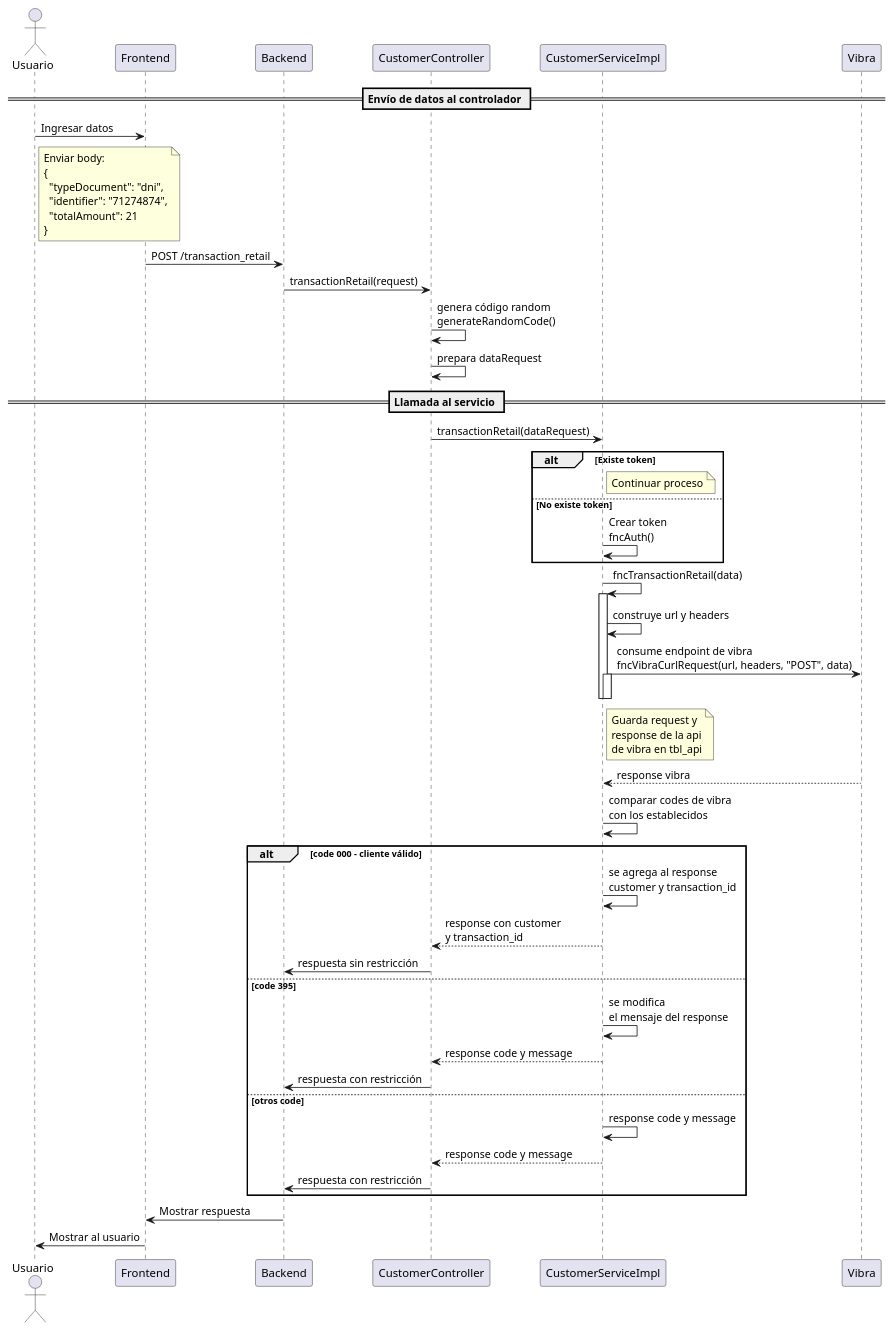
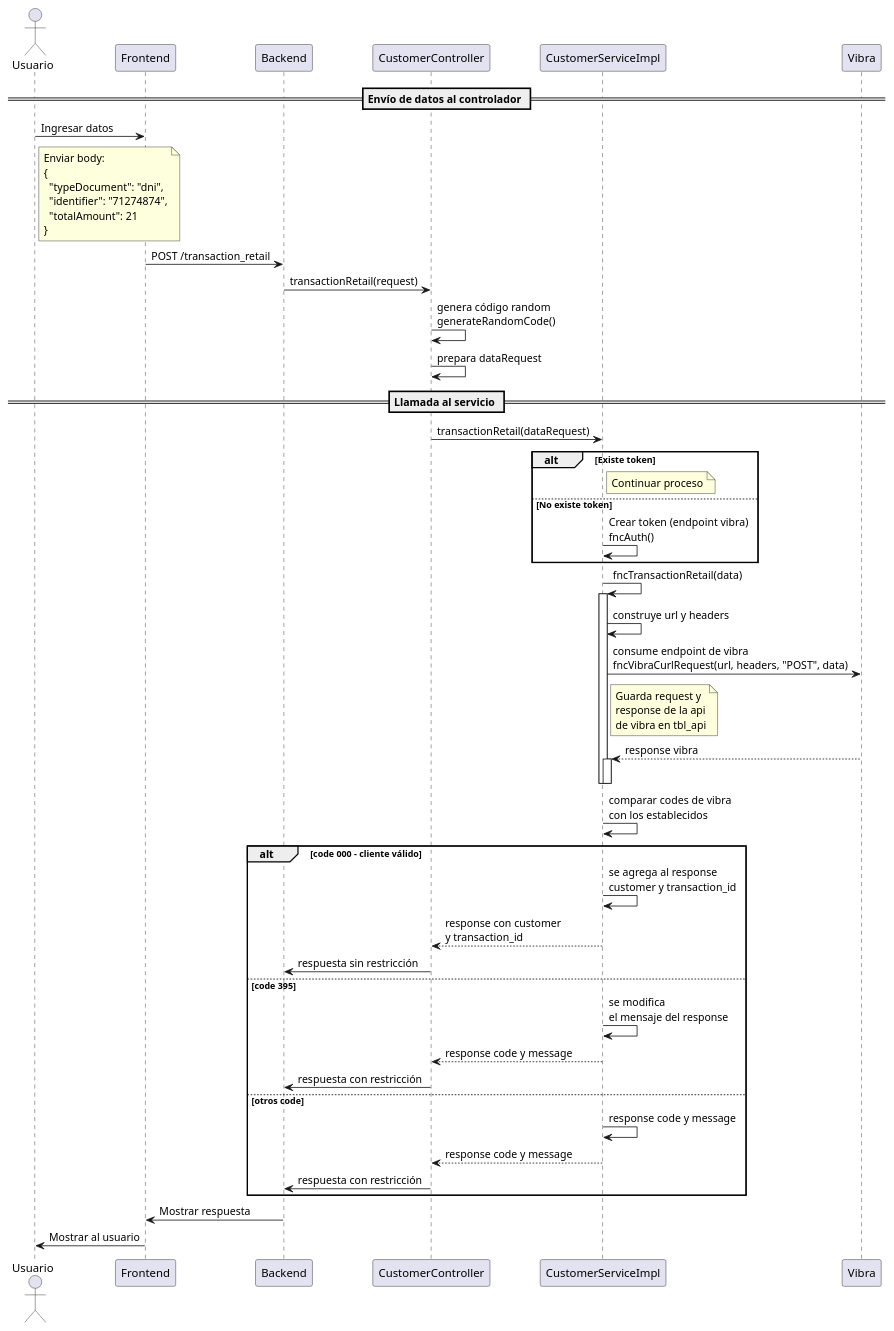
One commit to Ducho98/sic-diagramas changed the diagram in transaction_retail.puml. Above: the diagram before and after it, drawn with PlantUML.

```diff
--- a/transaction_retail.puml
+++ b/transaction_retail.puml
@@ -1,69 +1,67 @@
 @startuml transaction_retail
 actor Usuario
 participant Frontend
 participant Backend
 participant CustomerController
 participant CustomerServiceImpl
 participant Vibra
 
 == Envío de datos al controlador ==
 Usuario -> Frontend : Ingresar datos
 note right of Usuario
   Enviar body:
   {
     "typeDocument": "dni",
     "identifier": "71274874",
     "totalAmount": 21
   }
 end note
 Frontend -> Backend : POST /transaction_retail
 Backend -> CustomerController : transactionRetail(request)
 CustomerController -> CustomerController : genera código random\ngenerateRandomCode()
 CustomerController -> CustomerController : prepara dataRequest
 
 == Llamada al servicio ==
 CustomerController -> CustomerServiceImpl : transactionRetail(dataRequest)
 
 alt Existe token
   note right of CustomerServiceImpl
       Continuar proceso
   end note
 else No existe token
-  CustomerServiceImpl -> CustomerServiceImpl : Crear token\nfncAuth()
+  CustomerServiceImpl -> CustomerServiceImpl : Crear token (endpoint vibra)\nfncAuth()
 end
 
 CustomerServiceImpl -> CustomerServiceImpl : fncTransactionRetail(data)
 activate CustomerServiceImpl
     CustomerServiceImpl -> CustomerServiceImpl : construye url y headers
     CustomerServiceImpl -> Vibra : consume endpoint de vibra\nfncVibraCurlRequest(url, headers, "POST", data)
+    note right of CustomerServiceImpl
+      Guarda request y
+      response de la api
+      de vibra en tbl_api
+    end note
+    Vibra --> CustomerServiceImpl : response vibra
     activate CustomerServiceImpl
     deactivate CustomerServiceImpl
 deactivate CustomerServiceImpl
-
-note right of CustomerServiceImpl
-  Guarda request y
-  response de la api
-  de vibra en tbl_api
-end note
-
-Vibra --> CustomerServiceImpl : response vibra
 
 CustomerServiceImpl -> CustomerServiceImpl : comparar codes de vibra\ncon los establecidos
 
 alt code 000 - cliente válido
   CustomerServiceImpl -> CustomerServiceImpl : se agrega al response\ncustomer y transaction_id 
   CustomerServiceImpl --> CustomerController : response con customer\ny transaction_id
   CustomerController -> Backend : respuesta sin restricción
 else code 395
   CustomerServiceImpl -> CustomerServiceImpl : se modifica\nel mensaje del response
   CustomerServiceImpl --> CustomerController : response code y message
   CustomerController -> Backend : respuesta con restricción
 else otros code
   CustomerServiceImpl -> CustomerServiceImpl : response code y message
   CustomerServiceImpl --> CustomerController : response code y message
   CustomerController -> Backend : respuesta con restricción
 end
 
 Backend -> Frontend : Mostrar respuesta
 Frontend -> Usuario : Mostrar al usuario
 @enduml
```
